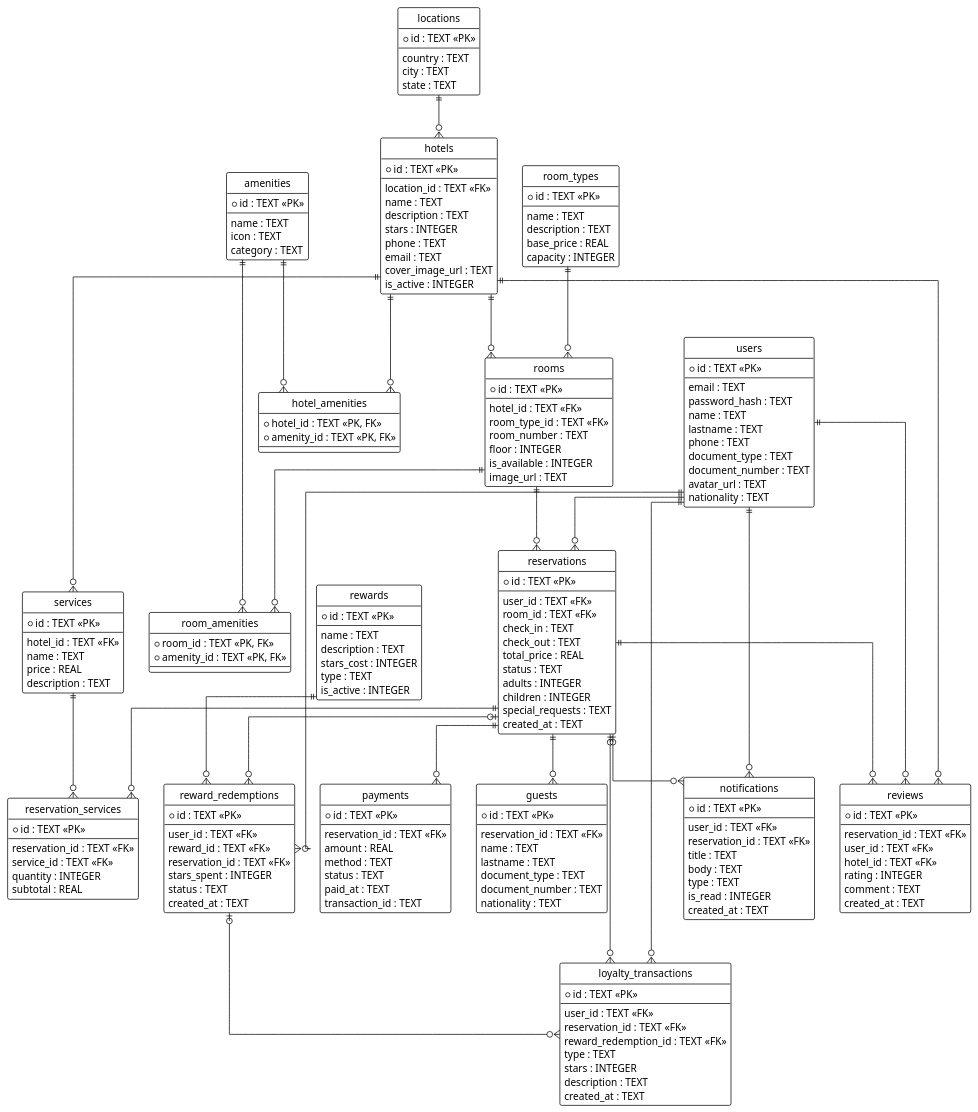
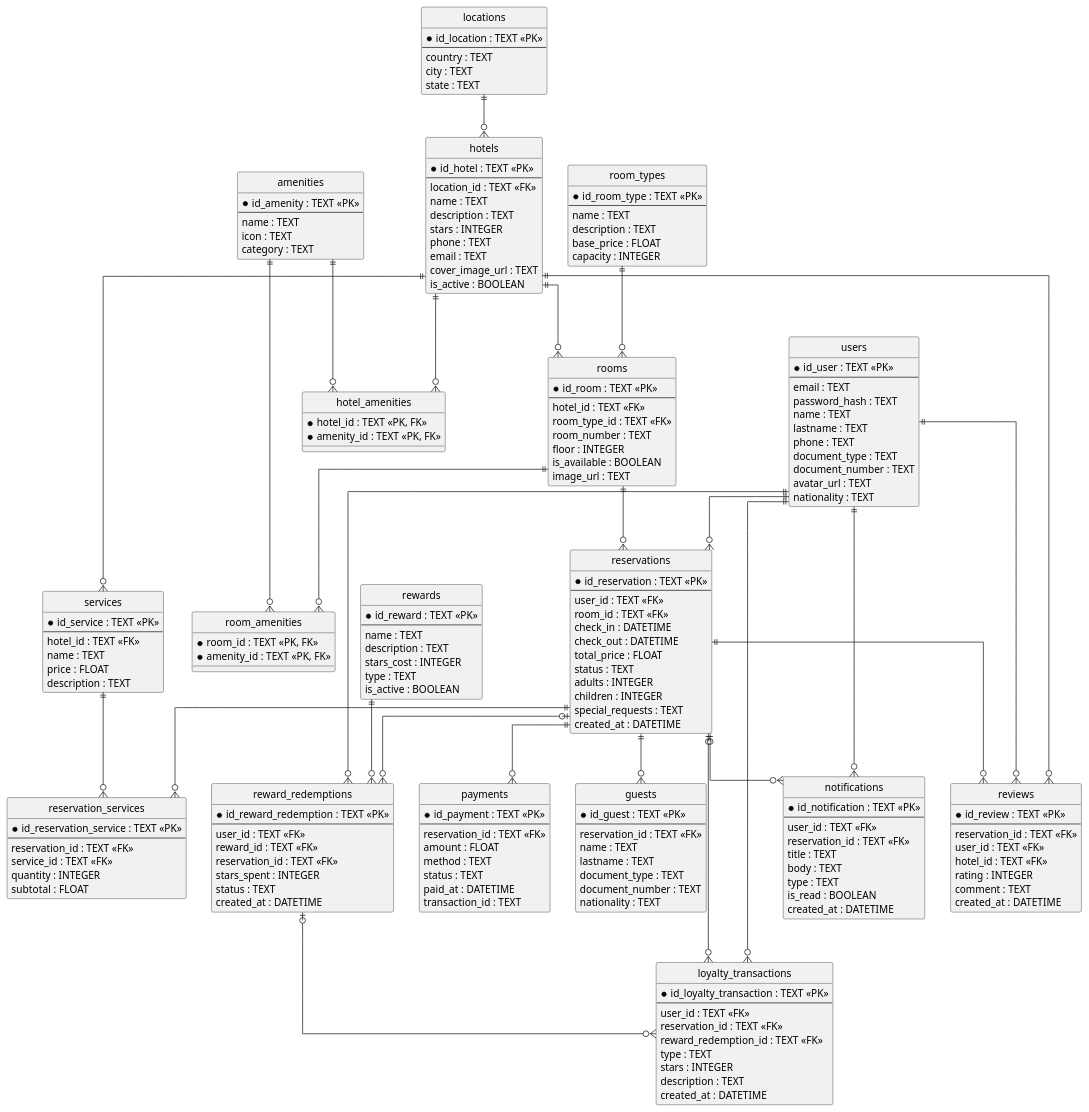
One commit to Walturx/ProyectoPrograMovil changed the third of 3 diagrams in README.md. Above: the diagram before and after it, drawn with PlantUML. The commit also changed other lines of this file and 27 other files, not shown here.

````diff
--- a/README.md
+++ b/README.md
@@ -229,18 +441,18 @@
 ```plantuml
 @startuml
-!theme plain
 hide circle
 skinparam linetype ortho
 
-entity "locations" as L {
-  * id : TEXT <<PK>>
+entity "locations" as Locations {
+  * id_location : TEXT <<PK>>
   --
   country : TEXT
   city : TEXT
   state : TEXT
 }
-entity "hotels" as H {
-  * id : TEXT <<PK>>
+
+entity "hotels" as Hotels {
+  * id_hotel : TEXT <<PK>>
   --
   location_id : TEXT <<FK>>
   name : TEXT
@@ -249,28 +461,31 @@
   phone : TEXT
   email : TEXT
   cover_image_url : TEXT
-  is_active : INTEGER
+  is_active : BOOLEAN
 }
-entity "room_types" as RT {
-  * id : TEXT <<PK>>
+
+entity "room_types" as RoomTypes {
+  * id_room_type : TEXT <<PK>>
   --
   name : TEXT
   description : TEXT
-  base_price : REAL
+  base_price : FLOAT
   capacity : INTEGER
 }
-entity "rooms" as R {
-  * id : TEXT <<PK>>
+
+entity "rooms" as Rooms {
+  * id_room : TEXT <<PK>>
   --
   hotel_id : TEXT <<FK>>
   room_type_id : TEXT <<FK>>
   room_number : TEXT
   floor : INTEGER
-  is_available : INTEGER
+  is_available : BOOLEAN
   image_url : TEXT
 }
-entity "users" as U {
-  * id : TEXT <<PK>>
+
+entity "users" as Users {
+  * id_user : TEXT <<PK>>
   --
   email : TEXT
   password_hash : TEXT
@@ -282,8 +497,9 @@
   avatar_url : TEXT
   nationality : TEXT
 }
-entity "guests" as G {
-  * id : TEXT <<PK>>
+
+entity "guests" as Guests {
+  * id_guest : TEXT <<PK>>
   --
   reservation_id : TEXT <<FK>>
   name : TEXT
@@ -293,63 +509,70 @@
   nationality : TEXT
 }
 
-entity "reservations" as RES {
-  * id : TEXT <<PK>>
+entity "reservations" as Reservations {
+  * id_reservation : TEXT <<PK>>
   --
   user_id : TEXT <<FK>>
   room_id : TEXT <<FK>>
-  check_in : TEXT
-  check_out : TEXT
-  total_price : REAL
+  check_in : DATETIME
+  check_out : DATETIME
+  total_price : FLOAT
   status : TEXT
   adults : INTEGER
   children : INTEGER
   special_requests : TEXT
-  created_at : TEXT
+  created_at : DATETIME
 }
-entity "payments" as P {
-  * id : TEXT <<PK>>
+
+entity "payments" as Payments {
+  * id_payment : TEXT <<PK>>
   --
   reservation_id : TEXT <<FK>>
-  amount : REAL
+  amount : FLOAT
   method : TEXT
   status : TEXT
-  paid_at : TEXT
+  paid_at : DATETIME
   transaction_id : TEXT
 }
-entity "amenities" as AM {
-  * id : TEXT <<PK>>
+
+entity "amenities" as Amenities {
+  * id_amenity : TEXT <<PK>>
   --
   name : TEXT
   icon : TEXT
   category : TEXT
 }
-entity "hotel_amenities" as HA {
+
+entity "hotel_amenities" as HotelAmenities {
   * hotel_id : TEXT <<PK, FK>>
   * amenity_id : TEXT <<PK, FK>>
 }
-entity "room_amenities" as RA {
+
+entity "room_amenities" as RoomAmenities {
   * room_id : TEXT <<PK, FK>>
   * amenity_id : TEXT <<PK, FK>>
 }
-entity "services" as S {
-  * id : TEXT <<PK>>
+
+entity "services" as Services {
+  * id_service : TEXT <<PK>>
   --
   hotel_id : TEXT <<FK>>
   name : TEXT
-  price : REAL
+  price : FLOAT
   description : TEXT
 }
-entity "reservation_services" as RS {
-  * id : TEXT <<PK>>
+
+entity "reservation_services" as ReservationServices {
+  * id_reservation_service : TEXT <<PK>>
   --
   reservation_id : TEXT <<FK>>
   service_id : TEXT <<FK>>
   quantity : INTEGER
-  subtotal : REAL
+  subtotal : FLOAT
 }
-entity "loyalty_transactions" as LTX {
-  * id : TEXT <<PK>>
+
+entity "loyalty_transactions" as LoyaltyTransactions {
+  * id_loyalty_transaction : TEXT <<PK>>
   --
   user_id : TEXT <<FK>>
   reservation_id : TEXT <<FK>>
@@ -357,75 +580,79 @@
   type : TEXT
   stars : INTEGER
   description : TEXT
-  created_at : TEXT
+  created_at : DATETIME
 }
-entity "rewards" as RW {
-  * id : TEXT <<PK>>
+
+entity "rewards" as Rewards {
+  * id_reward : TEXT <<PK>>
   --
   name : TEXT
   description : TEXT
   stars_cost : INTEGER
   type : TEXT
-  is_active : INTEGER
+  is_active : BOOLEAN
 }
-entity "reward_redemptions" as RR {
-  * id : TEXT <<PK>>
+
+entity "reward_redemptions" as RewardRedemptions {
+  * id_reward_redemption : TEXT <<PK>>
   --
   user_id : TEXT <<FK>>
   reward_id : TEXT <<FK>>
   reservation_id : TEXT <<FK>>
   stars_spent : INTEGER
   status : TEXT
-  created_at : TEXT
+  created_at : DATETIME
 }
-entity "reviews" as REV {
-  * id : TEXT <<PK>>
+
+entity "reviews" as Reviews {
+  * id_review : TEXT <<PK>>
   --
   reservation_id : TEXT <<FK>>
   user_id : TEXT <<FK>>
   hotel_id : TEXT <<FK>>
   rating : INTEGER
   comment : TEXT
-  created_at : TEXT
+  created_at : DATETIME
 }
-entity "notifications" as N {
-  * id : TEXT <<PK>>
+
+entity "notifications" as Notifications {
+  * id_notification : TEXT <<PK>>
   --
   user_id : TEXT <<FK>>
   reservation_id : TEXT <<FK>>
   title : TEXT
   body : TEXT
   type : TEXT
-  is_read : INTEGER
-  created_at : TEXT
+  is_read : BOOLEAN
+  created_at : DATETIME
 }
 
-L ||--o{ H
-H ||--o{ R
-RT ||--o{ R
-U ||--o{ RES
-R ||--o{ RES
-RES ||--o{ G
-RES ||--o{ P
-RES ||--o{ RS
-S ||--o{ RS
-H ||--o{ S
-H ||--o{ HA
-AM ||--o{ HA
-R ||--o{ RA
-AM ||--o{ RA
-
-U ||--o{ LTX
-RES |o--o{ LTX
-RR |o--o{ LTX
-U ||--o{ RR
-RW ||--o{ RR
-RES |o--o{ RR
-RES ||--o{ REV
-U ||--o{ REV
-H ||--o{ REV
-U ||--o{ N
-RES |o--o{ N
+' --- RELACIONES ---
+Locations ||--o{ Hotels
+Hotels ||--o{ Rooms
+RoomTypes ||--o{ Rooms
+Users ||--o{ Reservations
+Rooms ||--o{ Reservations
+Reservations ||--o{ Guests
+Reservations ||--o{ Payments
+Reservations ||--o{ ReservationServices
+Services ||--o{ ReservationServices
+Hotels ||--o{ Services
+Hotels ||--o{ HotelAmenities
+Amenities ||--o{ HotelAmenities
+Rooms ||--o{ RoomAmenities
+Amenities ||--o{ RoomAmenities
+Users ||--o{ LoyaltyTransactions
+Reservations |o--o{ LoyaltyTransactions
+RewardRedemptions |o--o{ LoyaltyTransactions
+Users ||--o{ RewardRedemptions
+Rewards ||--o{ RewardRedemptions
+Reservations |o--o{ RewardRedemptions
+Reservations ||--o{ Reviews
+Users ||--o{ Reviews
+Hotels ||--o{ Reviews
+Users ||--o{ Notifications
+Reservations |o--o{ Notifications
 
 @enduml
 ```
````
